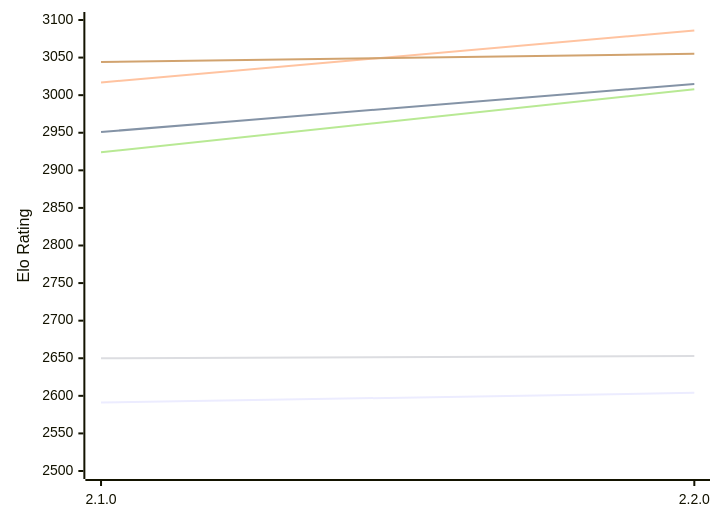
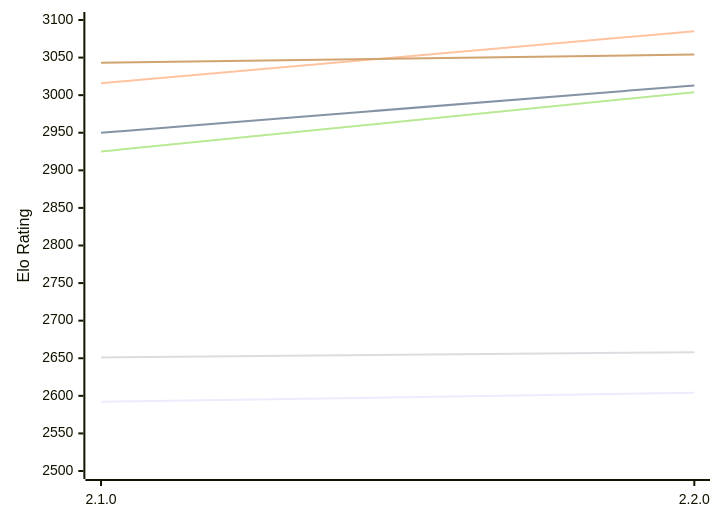
Before and after one commit to computer-chess-index/cci: the first of 2 diagrams in engines/Aspen.md, drawn with Mermaid. The commit also changed other lines of this file, not shown here.

Commit message:
Update CCI Ratings (ELO VLTC) - 2026-11-19

````diff
--- a/engines/Aspen.md
+++ b/engines/Aspen.md
@@ -52,12 +52,12 @@
 ```mermaid
 %%{init: {"theme":"base","themeVariables":{"seriesColors:['#a3a3a3','#222221','#faa371']}}}%%
 xychart-beta
   x-axis ["2.1.0", "2.2.0"]
   y-axis "Elo Rating" 2500 --> 3100
-  line "E1: STC (8.0+0.08s)" [2591, 2604]
-  line "E1: LTC (60.0+0.60s)" [2951, 3015]
-  line "E1: VLTC (2m24s+1.12s)" [3017, 3086]
-  line "P1: STC (8.0+0.08s)" [2650, 2653]
-  line "P1: LTC (60.0+0.60s)" [2924, 3008]
-  line "P1: VLTC (2m24s+1.12s)" [3044, 3055]
+  line "E1: STC (8.0+0.08s)" [2592, 2604]
+  line "E1: LTC (60.0+0.60s)" [2950, 3013]
+  line "E1: VLTC (2m24s+1.12s)" [3016, 3085]
+  line "P1: STC (8.0+0.08s)" [2651, 2658]
+  line "P1: LTC (60.0+0.60s)" [2925, 3004]
+  line "P1: VLTC (2m24s+1.12s)" [3043, 3054]
 ```
````
